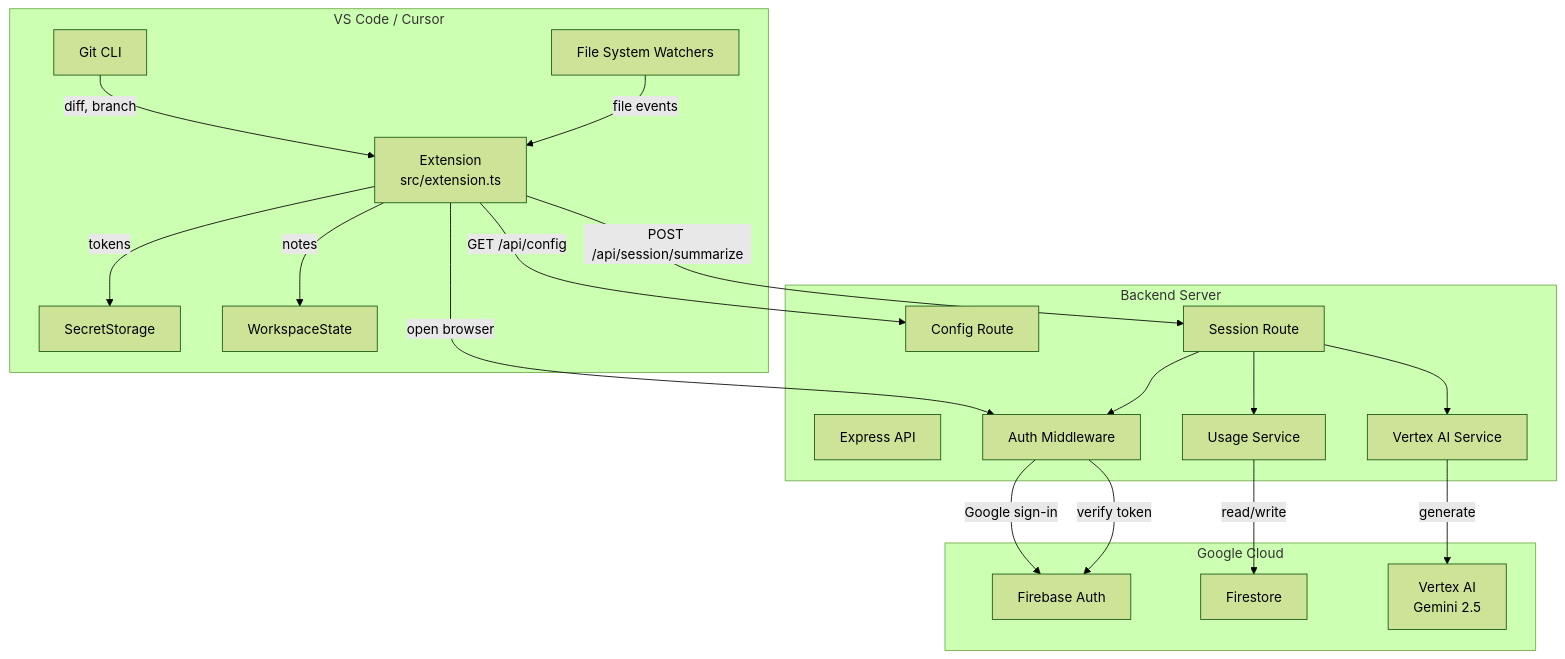
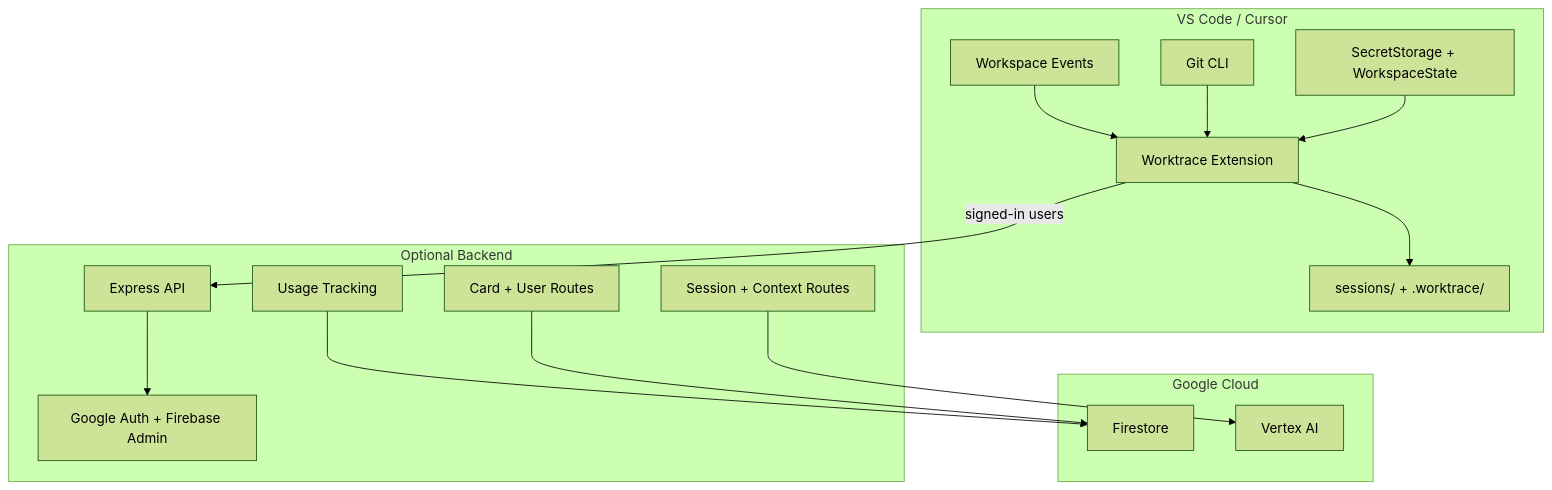
The diagram in docs/architecture.md (ivasuy/cursor-sm), drawn with Mermaid (forest theme) before and after one commit. The commit also changed other lines of this file and 7 other files, not shown here.

````diff
--- a/docs/architecture.md
+++ b/docs/architecture.md
@@ -5,40 +7,33 @@
 ```mermaid
 graph TB
     subgraph "VS Code / Cursor"
-        EXT[Extension<br/>src/extension.ts]
-        FS[File System Watchers]
+        EXT[Worktrace Extension]
+        FS[Workspace Events]
         GIT[Git CLI]
-        SS[SecretStorage]
-        WS[WorkspaceState]
+        SS[SecretStorage + WorkspaceState]
+        OUT[sessions/ + .worktrace/]
     end
 
-    subgraph "Backend Server"
+    subgraph "Optional Backend"
         API[Express API]
-        AUTH[Auth Middleware]
-        CFG[Config Route]
-        SES[Session Route]
-        VTX[Vertex AI Service]
-        USG[Usage Service]
+        AUTH[Google Auth + Firebase Admin]
+        SES[Session + Context Routes]
+        CARD[Card + User Routes]
+        USG[Usage Tracking]
     end
 
     subgraph "Google Cloud"
-        FA[Firebase Auth]
         FDB[Firestore]
-        VAI[Vertex AI<br/>Gemini 2.5]
+        VAI[Vertex AI]
     end
 
-    FS -->|file events| EXT
-    GIT -->|diff, branch| EXT
-    EXT -->|tokens| SS
-    EXT -->|notes| WS
-    EXT -->|POST /api/session/summarize| SES
-    EXT -->|GET /api/config| CFG
-    SES --> AUTH
-    AUTH -->|verify token| FA
-    SES --> VTX
-    VTX -->|generate| VAI
-    SES --> USG
-    USG -->|read/write| FDB
-    EXT -->|open browser| AUTH
-    AUTH -->|Google sign-in| FA
+    FS --> EXT
+    GIT --> EXT
+    SS --> EXT
+    EXT --> OUT
+    EXT -->|signed-in users| API
+    API --> AUTH
+    SES --> VAI
+    USG --> FDB
+    CARD --> FDB
 ```
````
